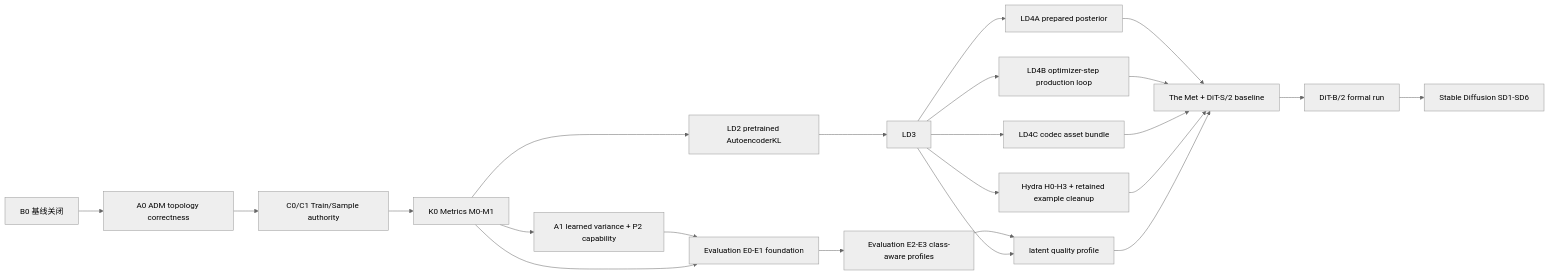
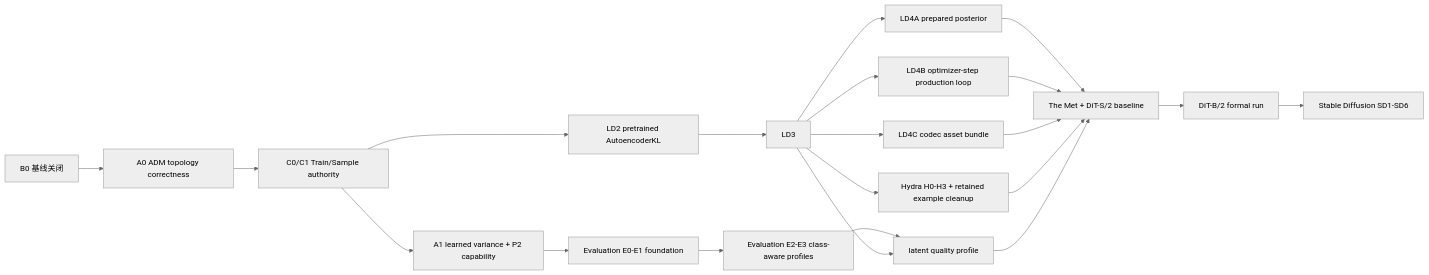
Before and after one commit to supermassiveasshole/stochaflow: the diagram in docs/development/development-priority-roadmap.md, drawn with Mermaid (neutral theme). The commit also changed other lines of this file and 69 other files, not shown here.

Commit message:
Restore P2 and metrics architecture boundaries

````diff
--- a/docs/development/development-priority-roadmap.md
+++ b/docs/development/development-priority-roadmap.md
@@ -88,30 +87,28 @@
 ```mermaid
 flowchart LR
     B0["B0 基线关闭"] --> ADM0["A0 ADM topology correctness"]
     ADM0 --> C1["C0/C1 Train/Sample authority"]
-    C1 --> K0["K0 Metrics M0-M1"]
-    K0 --> P2C["A1 learned variance + P2 capability"]
-    K0 --> LD2["LD2 pretrained AutoencoderKL"]
+    C1 --> P2C["A1 learned variance + P2 capability"]
+    C1 --> LD2["LD2 pretrained AutoencoderKL"]
     LD2 --> LD3
 
     P2C --> E01["Evaluation E0-E1 foundation"]
-    K0 --> E01
     E01 --> E23["Evaluation E2-E3 class-aware profiles"]
 
     LD3 --> P1["LD4A prepared posterior"]
     LD3 --> P2["LD4B optimizer-step production loop"]
     LD3 --> P3["LD4C codec asset bundle"]
 
     LD3 --> H["Hydra H0-H3 + retained example cleanup"]
     E23 --> E["latent quality profile"]
     LD3 --> E
 
     P1 --> D["The Met + DiT-S/2 baseline"]
     P2 --> D
     P3 --> D
     H --> D
     E --> D
     D --> DB["DiT-B/2 formal run"]
 
     DB --> SD["Stable Diffusion SD1-SD6"]
 ```
````
